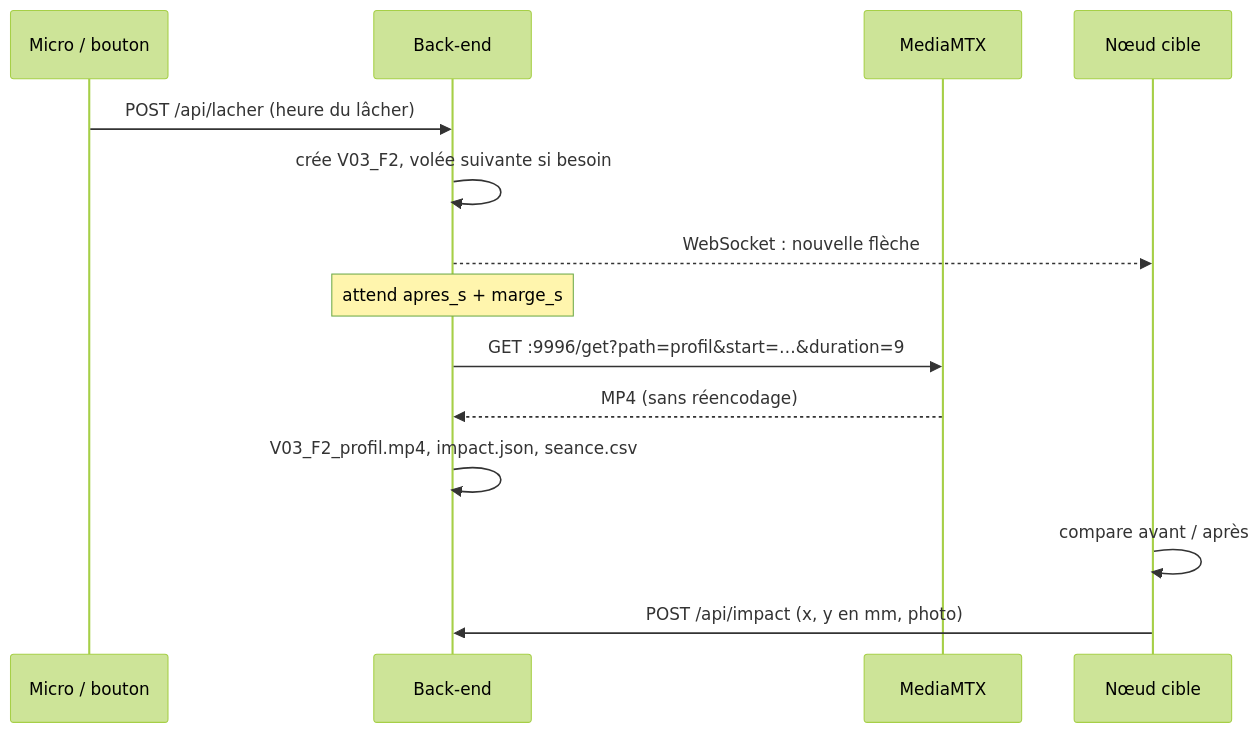
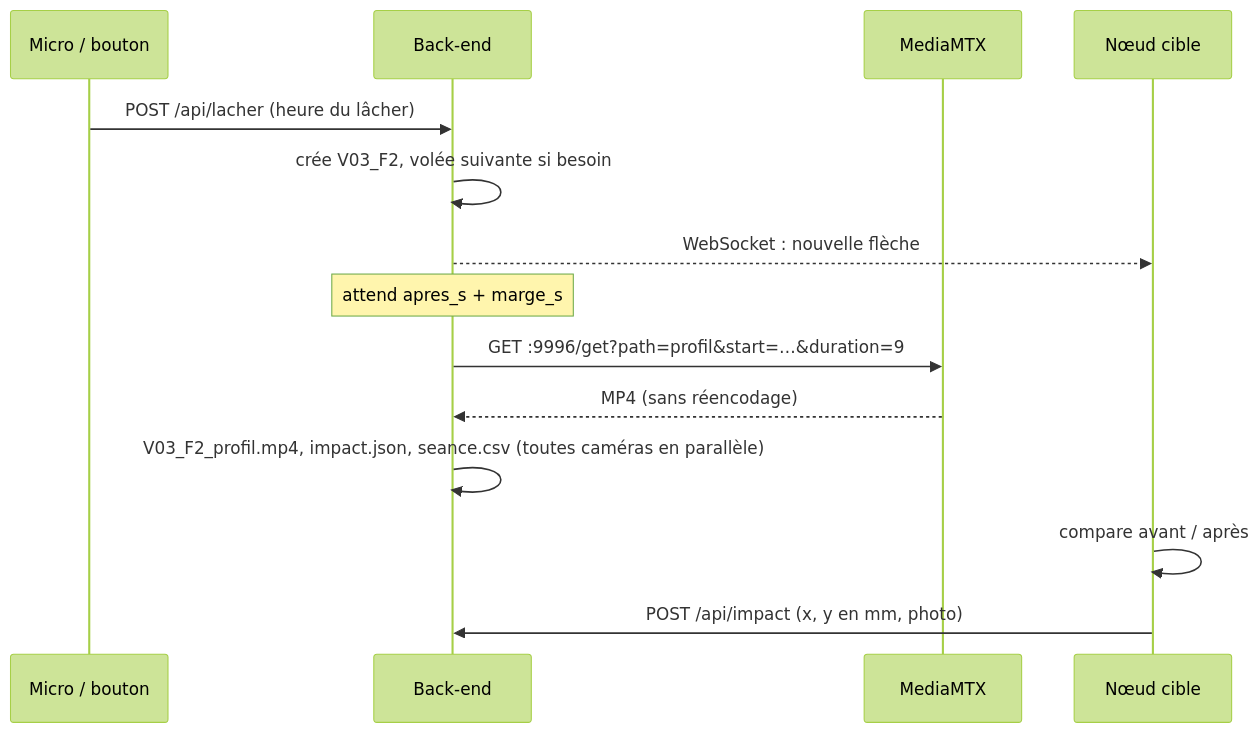
One commit to BathMann-Pilax/Arc-Replay changed the second of 2 diagrams in docs/architecture.md. Above: the diagram before and after it, drawn with Mermaid (forest theme). The commit also changed other lines of this file and 28 other files, not shown here.

````diff
--- a/docs/architecture.md
+++ b/docs/architecture.md
@@ -58,16 +58,16 @@
 ```mermaid
 sequenceDiagram
   participant Micro as Micro / bouton
   participant API as Back-end
   participant MTX as MediaMTX
   participant Cible as Nœud cible
   Micro->>API: POST /api/lacher (heure du lâcher)
   API->>API: crée V03_F2, volée suivante si besoin
   API-->>Cible: WebSocket : nouvelle flèche
   Note over API: attend apres_s + marge_s
   API->>MTX: GET :9996/get?path=profil&start=…&duration=9
   MTX-->>API: MP4 (sans réencodage)
-  API->>API: V03_F2_profil.mp4, impact.json, seance.csv
+  API->>API: V03_F2_profil.mp4, impact.json, seance.csv (toutes caméras en parallèle)
   Cible->>Cible: compare avant / après
   Cible->>API: POST /api/impact (x, y en mm, photo)
 ```
````
